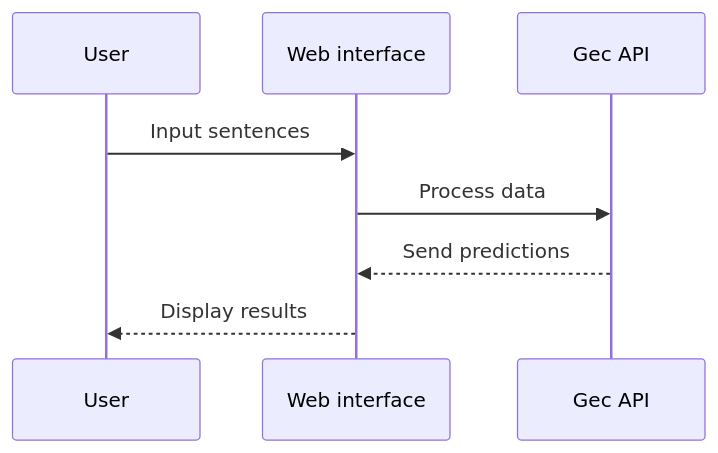
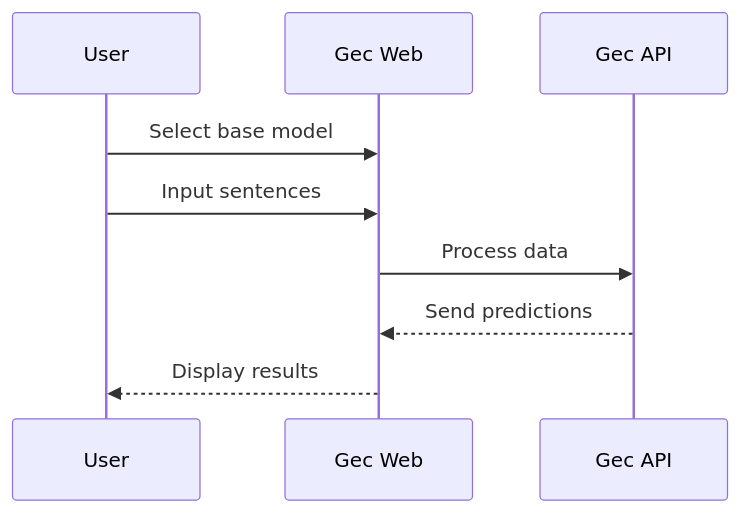
Before and after one commit to canh25xp/GraduationThesis: the first of 2 diagrams in OUTLINES.md, drawn with Mermaid. The commit also changed other lines of this file, not shown here.

````diff
--- a/OUTLINES.md
+++ b/OUTLINES.md
@@ -158,10 +125,11 @@
 ```mermaid
 sequenceDiagram
    participant U as User
-   participant F as Web interface
+   participant F as Gec Web
    participant B as Gec API
+   U->>F: Select base model
    U->>F: Input sentences
    F->>B: Process data
    B-->>F: Send predictions
    F-->>U: Display results
 ```
````
